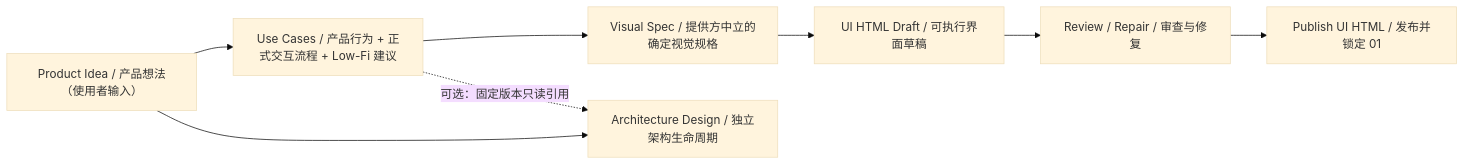
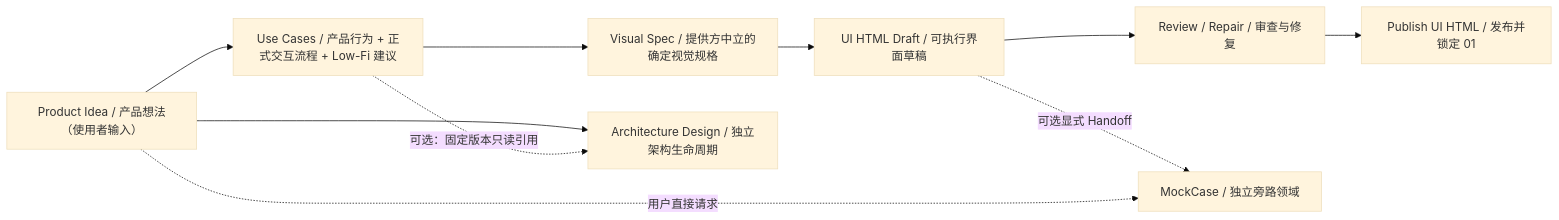
Before and after one commit to bigsmartben/pre-sdd: the first of 3 diagrams in templates/workspace/README.md, drawn with Mermaid (base theme). The commit also changed other lines of this file and 70 other files, not shown here.

Commit message:
feat: complete MockCase and UI workflow governance

````diff
--- a/templates/workspace/README.md
+++ b/templates/workspace/README.md
@@ -34,10 +35,12 @@
 ```mermaid
 flowchart LR
     I["Product Idea / 产品想法（使用者输入）"] --> U["Use Cases / 产品行为 + 正式交互流程 + Low-Fi 建议"]
     U --> V["Visual Spec / 提供方中立的确定视觉规格"]
     V --> C["UI HTML Draft / 可执行界面草稿"]
     C --> R["Review / Repair / 审查与修复"]
     R --> P["Publish UI HTML / 发布并锁定 01"]
+    C -. "可选显式 Handoff" .-> M["MockCase / 独立旁路领域"]
+    I -. "用户直接请求" .-> M
     I --> A["Architecture Design / 独立架构生命周期"]
     U -. "可选：固定版本只读引用" .-> A
 ```
````
